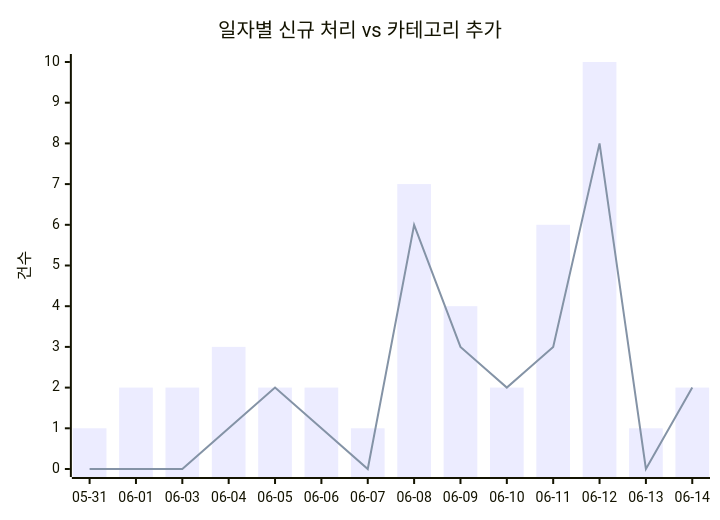
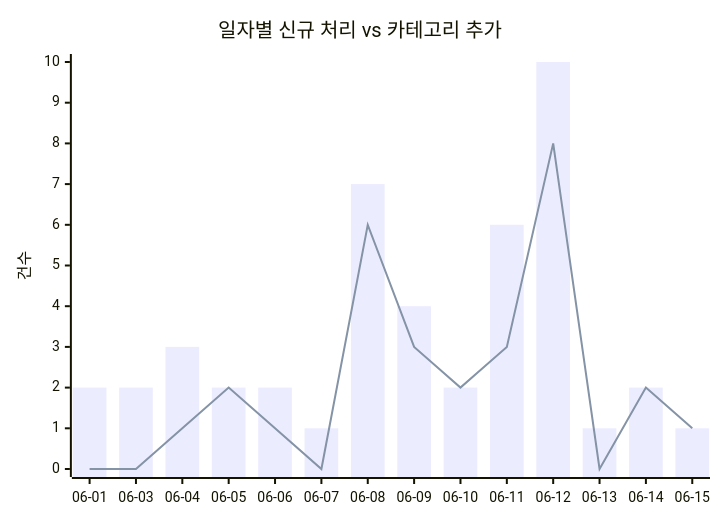
One commit to J-nowcow/awesome-korean-agent-skills changed the first of 2 diagrams in docs/trends.md. Above: the diagram before and after it, drawn with Mermaid. The commit also changed other lines of this file and 3 other files, not shown here.

````diff
--- a/docs/trends.md
+++ b/docs/trends.md
@@ -32,8 +32,8 @@
 ```mermaid
 xychart-beta
     title "일자별 신규 처리 vs 카테고리 추가"
-    x-axis ["05-31","06-01","06-03","06-04","06-05","06-06","06-07","06-08","06-09","06-10","06-11","06-12","06-13","06-14"]
+    x-axis ["06-01","06-03","06-04","06-05","06-06","06-07","06-08","06-09","06-10","06-11","06-12","06-13","06-14","06-15"]
     y-axis "건수"
-    bar [1,2,2,3,2,2,1,7,4,2,6,10,1,2]
-    line [0,0,0,1,2,1,0,6,3,2,3,8,0,2]
+    bar [2,2,3,2,2,1,7,4,2,6,10,1,2,1]
+    line [0,0,1,2,1,0,6,3,2,3,8,0,2,1]
 ```
````
